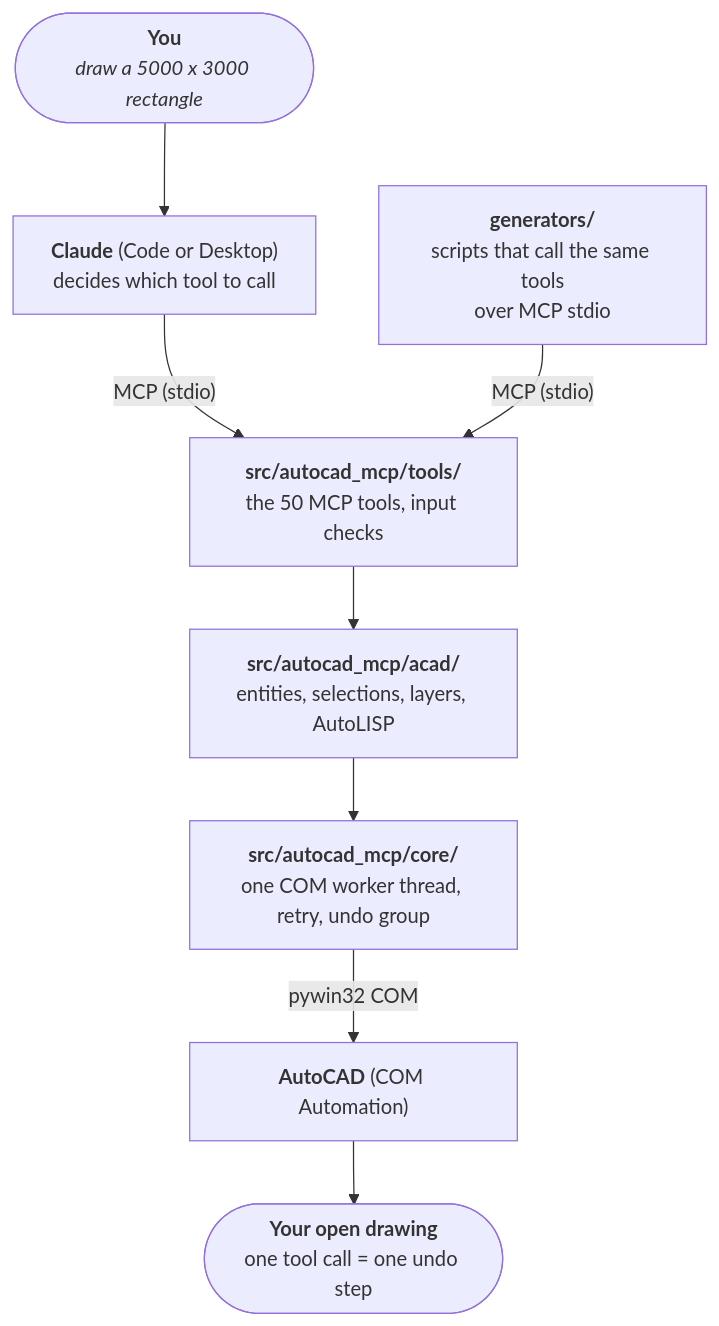
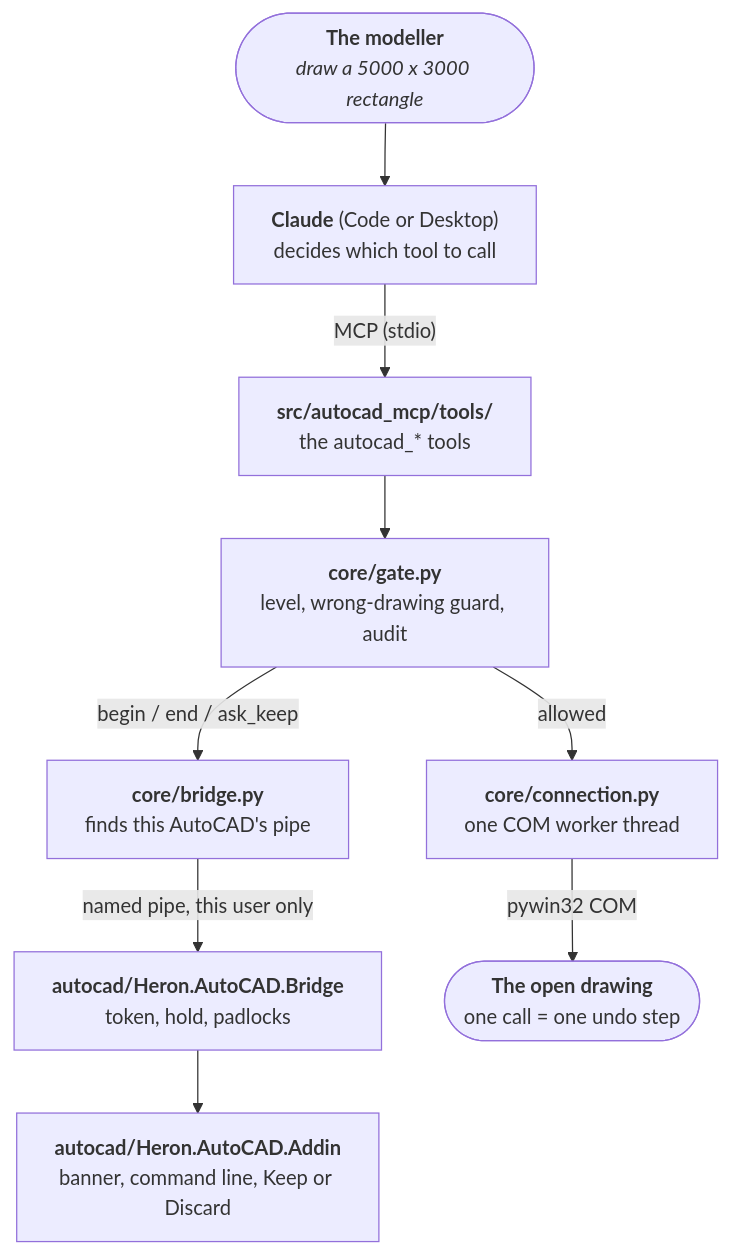
One commit to Ajmalpshaik/AutoCAD-MCP changed the diagram in docs/PROJECT-MAP.md. Above: the diagram before and after it, drawn with Mermaid. The commit also changed other lines of this file and 30 other files, not shown here.

First line of the commit message:
Document Heron AI for AutoCAD; add the structure check and plug-in CI

````diff
--- a/docs/PROJECT-MAP.md
+++ b/docs/PROJECT-MAP.md
@@ -10,14 +10,16 @@
 ```mermaid
 flowchart TD
-    U(["<b>You</b><br/><i>draw a 5000 x 3000 rectangle</i>"])
+    U(["<b>The modeller</b><br/><i>draw a 5000 x 3000 rectangle</i>"])
     C["<b>Claude</b> (Code or Desktop)<br/>decides which tool to call"]
-    S["<b>src/autocad_mcp/tools/</b><br/>the 50 MCP tools, input checks"]
-    A["<b>src/autocad_mcp/acad/</b><br/>entities, selections, layers, AutoLISP"]
-    K["<b>src/autocad_mcp/core/</b><br/>one COM worker thread, retry, undo group"]
-    AC["<b>AutoCAD</b> (COM Automation)"]
-    D(["<b>Your open drawing</b><br/>one tool call = one undo step"])
-    G["<b>generators/</b><br/>scripts that call the same tools<br/>over MCP stdio"]
+    T["<b>src/autocad_mcp/tools/</b><br/>the autocad_* tools"]
+    G["<b>core/gate.py</b><br/>level, wrong-drawing guard, audit"]
+    B["<b>core/bridge.py</b><br/>finds this AutoCAD's pipe"]
+    P["<b>autocad/Heron.AutoCAD.Bridge</b><br/>token, hold, padlocks"]
+    H["<b>autocad/Heron.AutoCAD.Addin</b><br/>banner, command line, Keep or Discard"]
+    K["<b>core/connection.py</b><br/>one COM worker thread"]
+    D(["<b>The open drawing</b><br/>one call = one undo step"])
 
-    U --> C -->|"MCP (stdio)"| S --> A --> K -->|"pywin32 COM"| AC --> D
-    G -->|"MCP (stdio)"| S
+    U --> C -->|"MCP (stdio)"| T --> G
+    G -->|"begin / end / ask_keep"| B -->|"named pipe, this user only"| P --> H
+    G -->|"allowed"| K -->|"pywin32 COM"| D
 ```
````
